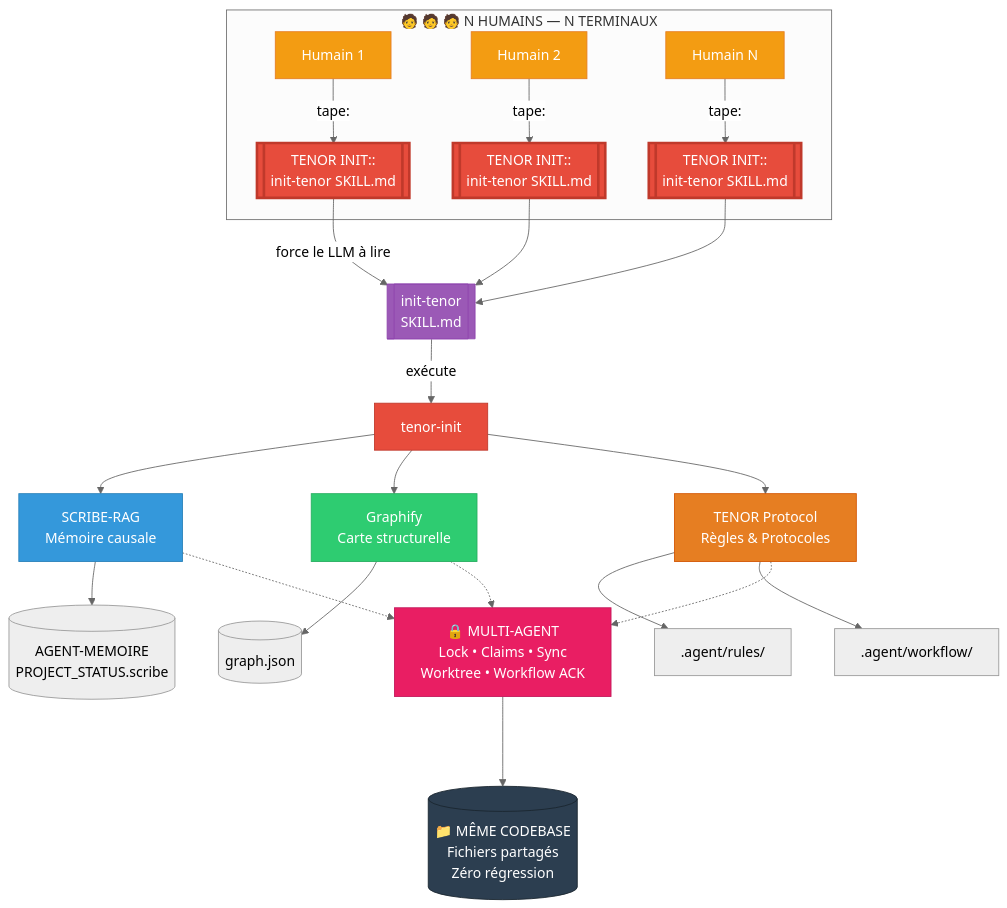
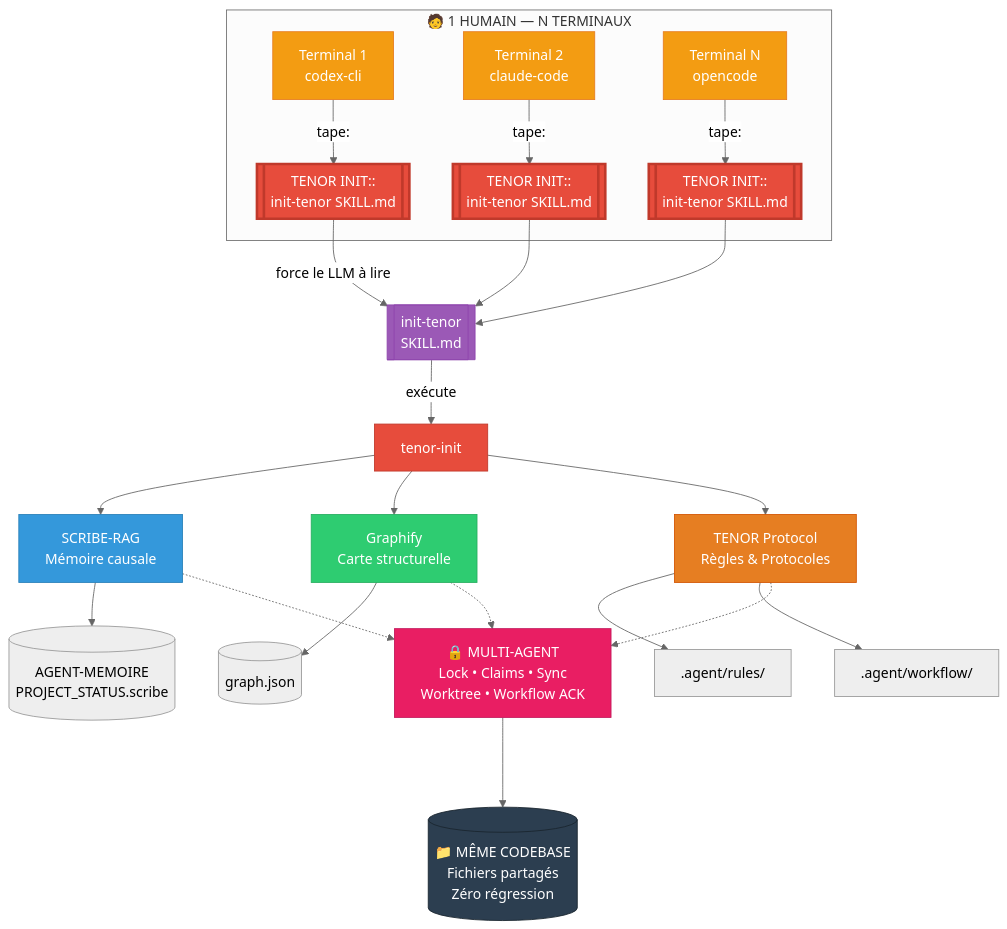
Before and after one commit to jackjosias/agent-scribe-graphify: the diagram in README.md, drawn with Mermaid (neutral theme).

Commit message:
docs(readme): fix multi-agent diagram — 1 human, N terminals

````diff
--- a/README.md
+++ b/README.md
@@ -58,43 +58,43 @@
 ```mermaid
 graph TD
-    subgraph MULTI[🧑 🧑 🧑 N HUMAINS — N TERMINAUX]
-        H1[Humain 1] -->|tape:| I1[[TENOR INIT::<br/>init-tenor SKILL.md]]
-        H2[Humain 2] -->|tape:| I2[[TENOR INIT::<br/>init-tenor SKILL.md]]
-        H3[Humain N] -->|tape:| I3[[TENOR INIT::<br/>init-tenor SKILL.md]]
+    subgraph MULTI[🧑 1 HUMAIN — N TERMINAUX]
+        H1[Terminal 1<br/>codex-cli] -->|tape:| I1[[TENOR INIT::<br/>init-tenor SKILL.md]]
+        H2[Terminal 2<br/>claude-code] -->|tape:| I2[[TENOR INIT::<br/>init-tenor SKILL.md]]
+        H3[Terminal N<br/>opencode] -->|tape:| I3[[TENOR INIT::<br/>init-tenor SKILL.md]]
     end
 
     I1 -->|force le LLM à lire| T[[init-tenor<br/>SKILL.md]]
     I2 --> T
     I3 --> T
 
     T -->|exécute| TENOR[tenor-init]
 
     TENOR --> B[SCRIBE-RAG<br/>Mémoire causale]
     TENOR --> C[Graphify<br/>Carte structurelle]
     TENOR --> D[TENOR Protocol<br/>Règles & Protocoles]
 
     B --> E[(AGENT-MEMOIRE<br/>PROJECT_STATUS.scribe)]
     C --> F[(graph.json)]
     D --> G[.agent/rules/]
     D --> H[.agent/workflow/]
 
     B -.-> M[🔒 MULTI-AGENT<br/>Lock • Claims • Sync<br/>Worktree • Workflow ACK]
     C -.-> M
     D -.-> M
 
     M ---> P[(📁 MÊME CODEBASE<br/>Fichiers partagés<br/>Zéro régression)]
 
     style H1 fill:#f39c12,stroke:#e67e22,color:#fff
     style H2 fill:#f39c12,stroke:#e67e22,color:#fff
     style H3 fill:#f39c12,stroke:#e67e22,color:#fff
     style I1 fill:#e74c3c,stroke:#c0392b,color:#fff,stroke-width:3px
     style I2 fill:#e74c3c,stroke:#c0392b,color:#fff,stroke-width:3px
     style I3 fill:#e74c3c,stroke:#c0392b,color:#fff,stroke-width:3px
     style T fill:#9b59b6,stroke:#8e44ad,color:#fff
     style TENOR fill:#e74c3c,stroke:#c0392b,color:#fff
     style B fill:#3498db,stroke:#2980b9,color:#fff
     style C fill:#2ecc71,stroke:#27ae60,color:#fff
     style D fill:#e67e22,stroke:#d35400,color:#fff
     style M fill:#e91e63,stroke:#c2185b,color:#fff
     style P fill:#2c3e50,stroke:#1a252f,color:#fff
 ```
````
